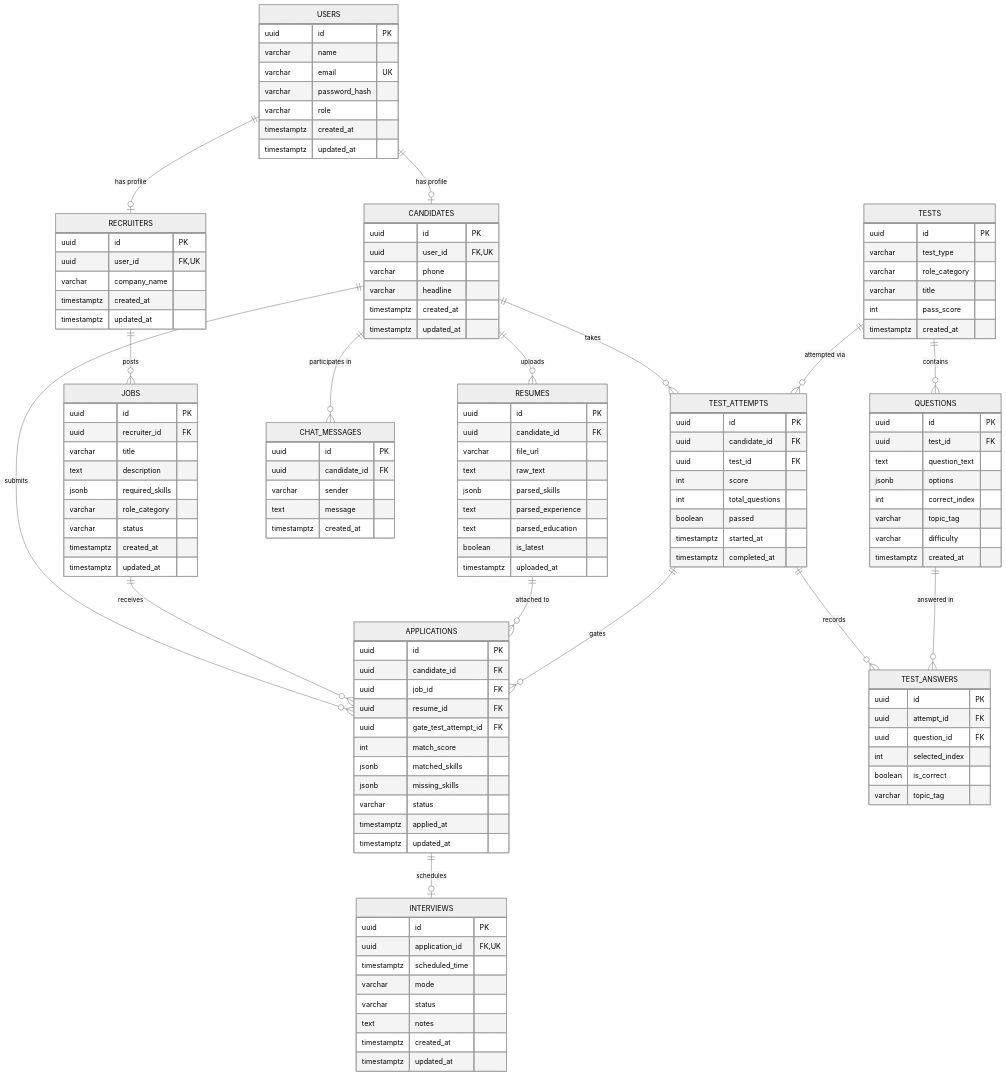
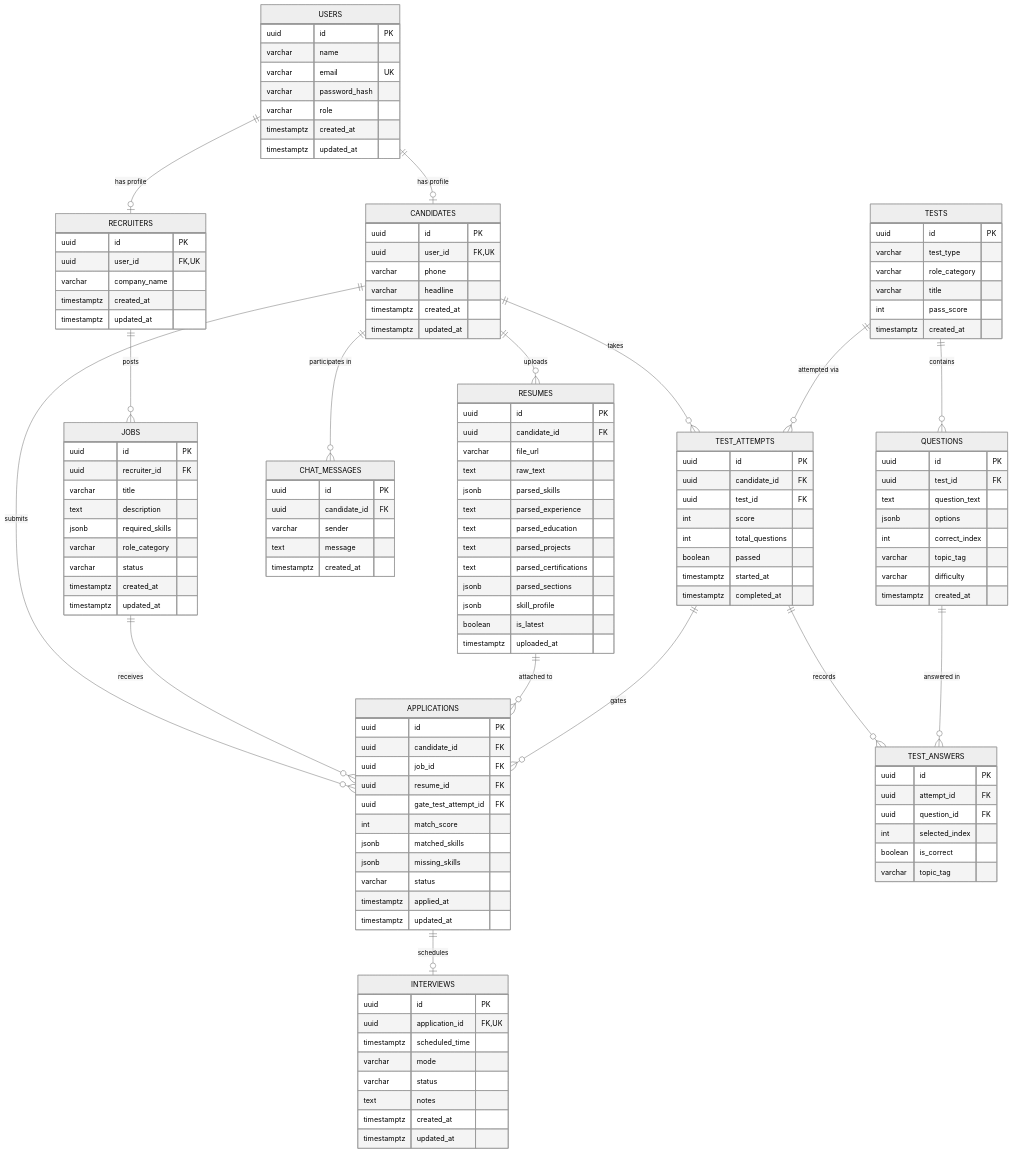
Before and after one commit to Sumanthrillex07/ZenHire: the diagram in docs/DATABASE_DESIGN.md, drawn with Mermaid (neutral theme). The commit also changed other lines of this file and 7 other files, not shown here.

Commit message:
docs: update readmes, architecture specs, database design, and learning notes for 5-section resume sync, taxonomy normalization, and skill preservation

```diff
--- a/docs/DATABASE_DESIGN.md
+++ b/docs/DATABASE_DESIGN.md
@@ -82,6 +82,10 @@
         jsonb parsed_skills
         text parsed_experience
         text parsed_education
+        text parsed_projects
+        text parsed_certifications
+        jsonb parsed_sections
+        jsonb skill_profile
         boolean is_latest
         timestamptz uploaded_at
     }
```
